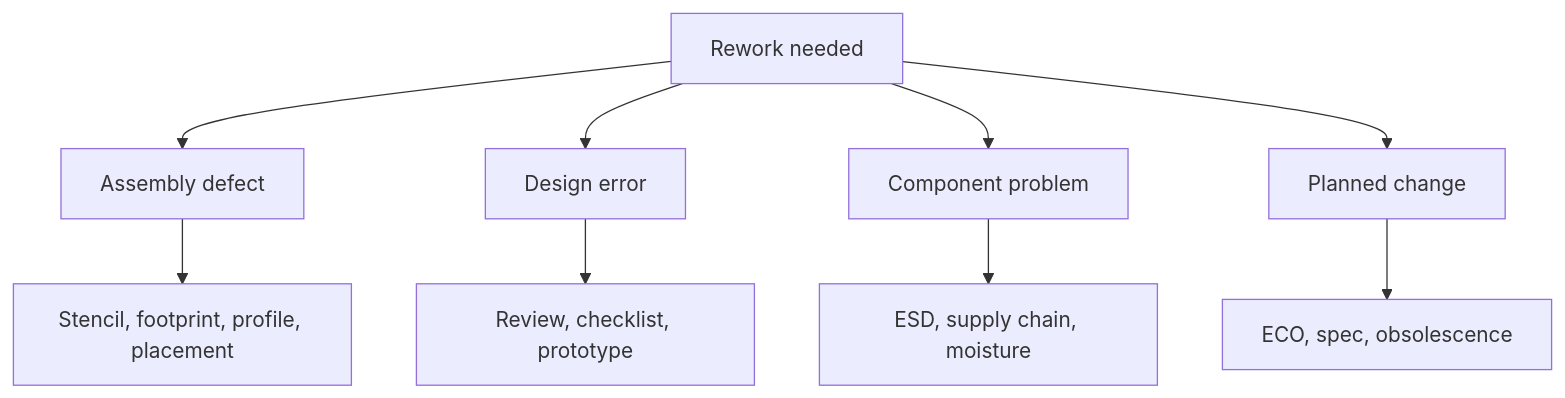
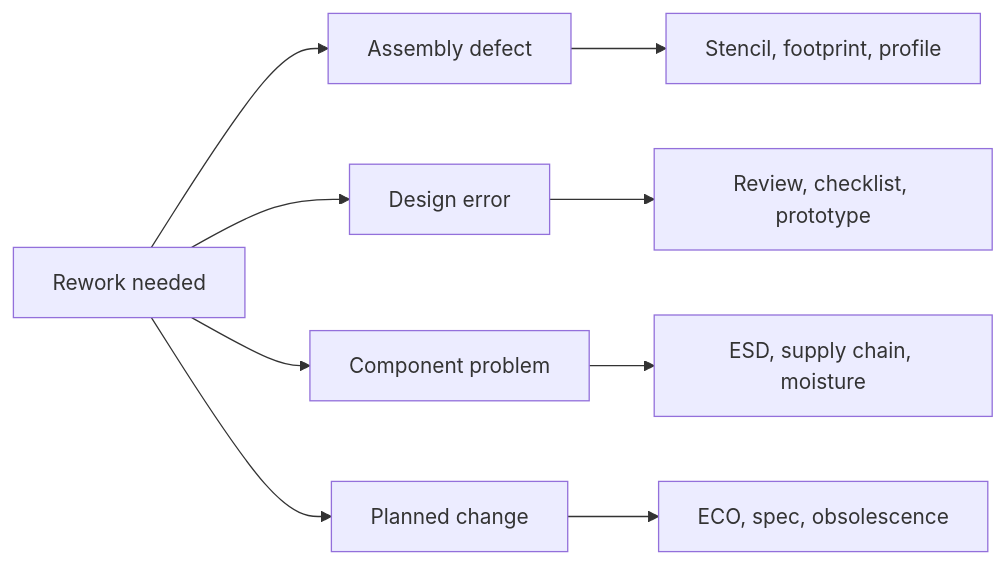
The diagram in content/questions/q0635.md (atallm7/monty-prep), drawn with Mermaid before and after one commit. The commit also changed 42 other files, not shown here.

````diff
--- a/content/questions/q0635.md
+++ b/content/questions/q0635.md
@@ -106,11 +106,7 @@
 ```mermaid
-flowchart TB
-  R["Rework needed"] --> A["Assembly defect"]
-  R --> B["Design error"]
-  R --> C["Component problem"]
-  R --> D["Planned change"]
-  A --> A1["Stencil, footprint, profile, placement"]
-  B --> B1["Review, checklist, prototype"]
-  C --> C1["ESD, supply chain, moisture"]
-  D --> D1["ECO, spec, obsolescence"]
+flowchart LR
+  R["Rework needed"] --> A["Assembly defect"] --> A1["Stencil, footprint, profile"]
+  R --> B["Design error"] --> B1["Review, checklist, prototype"]
+  R --> C["Component problem"] --> C1["ESD, supply chain, moisture"]
+  R --> D["Planned change"] --> D1["ECO, spec, obsolescence"]
 ```
````
